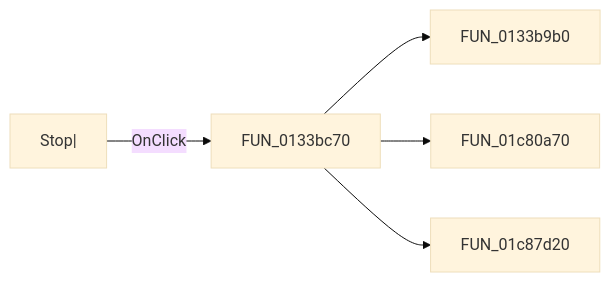
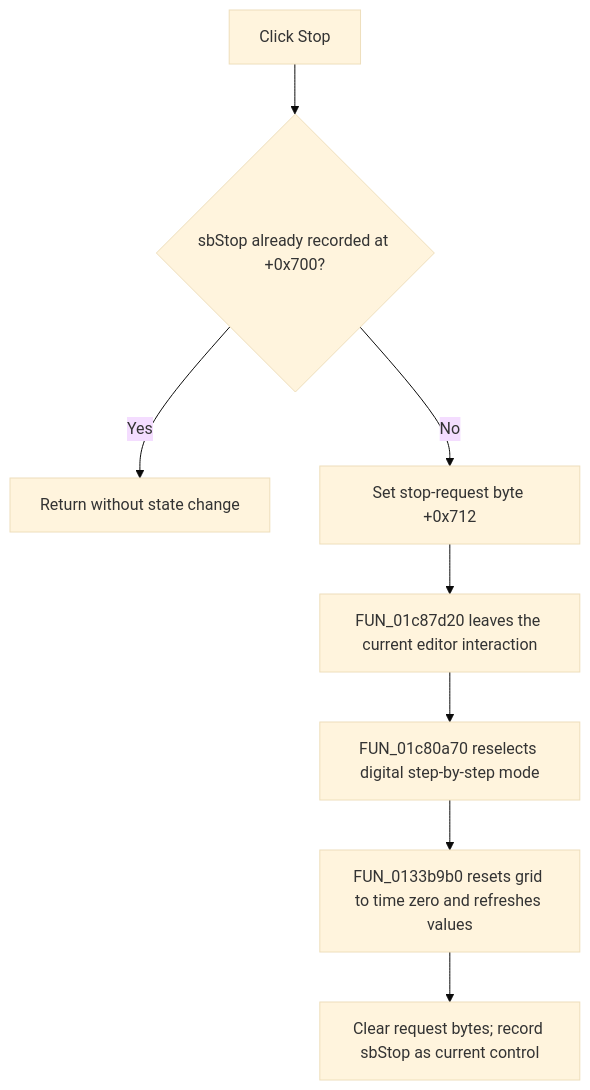
The diagram in docs/ui-controls/mixeddigitalstepbystep/sbstop-611f96aabd.md (MovGP0/TIARA), drawn with Mermaid (base theme) before and after one commit. The commit also changed other lines of this file and 1062 other files, not shown here.

````diff
--- a/docs/ui-controls/mixeddigitalstepbystep/sbstop-611f96aabd.md
+++ b/docs/ui-controls/mixeddigitalstepbystep/sbstop-611f96aabd.md
@@ -27,7 +66,10 @@
 ```mermaid
-flowchart LR
-    control["Stop|"] -->|OnClick| handler["FUN_0133bc70"]
-    handler --> call1["FUN_0133b9b0"]
-    handler --> call2["FUN_01c80a70"]
-    handler --> call3["FUN_01c87d20"]
+flowchart TD
+    Click["Click Stop"] --> Guard{"sbStop already recorded at +0x700?"}
+    Guard -->|Yes| NoOp["Return without state change"]
+    Guard -->|No| Request["Set stop-request byte +0x712"]
+    Request --> Leave["FUN_01c87d20 leaves the current editor interaction"]
+    Leave --> Reactivate["FUN_01c80a70 reselects digital step-by-step mode"]
+    Reactivate --> Reset["FUN_0133b9b0 resets grid to time zero and refreshes values"]
+    Reset --> Selected["Clear request bytes; record sbStop as current control"]
 ```
````
